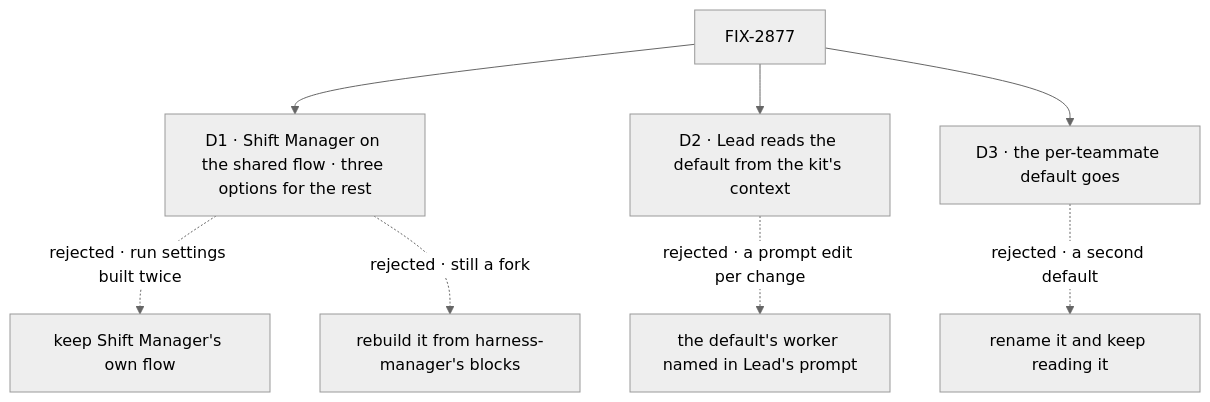
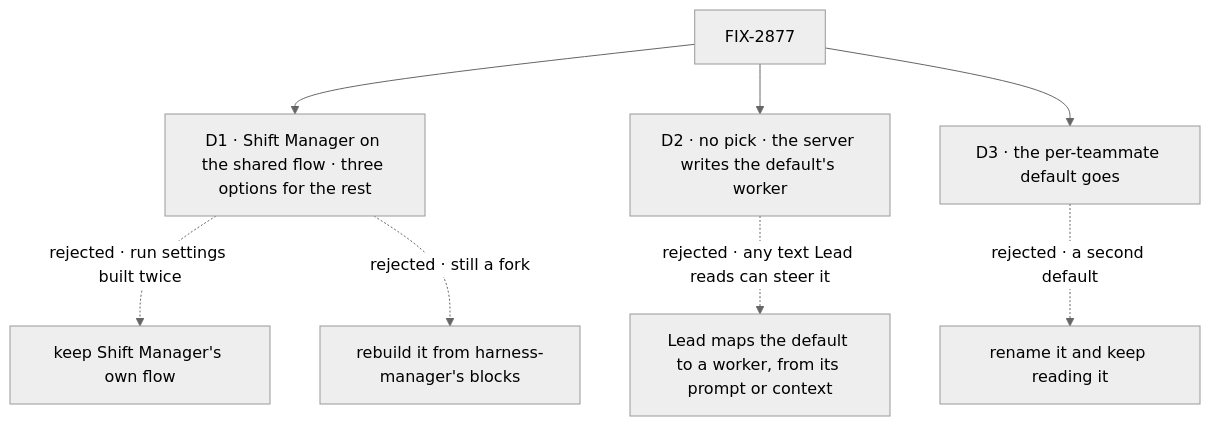
Before and after one commit to fixpoint-labs/flow-state-dev: the diagram in specs/issues/FIX-2877/DECISIONS.md, drawn with Mermaid (neutral theme). The commit also changed other lines of this file and 3 other files, not shown here.

First line of the commit message:
spec(FIX-2877): fold review round 1 — server-written no-pick assignee, removed-symbol readers, 7-to-3 count

````diff
--- a/specs/issues/FIX-2877/DECISIONS.md
+++ b/specs/issues/FIX-2877/DECISIONS.md
@@ -11,10 +11,10 @@
 ```mermaid
 flowchart TD
   I["FIX-2877"] --> D1["D1 · Shift Manager on the shared flow · three options for the rest"]
   D1 -.->|"rejected · run settings built twice"| X1["keep Shift Manager's own flow"]
   D1 -.->|"rejected · still a fork"| X1b["rebuild it from harness-manager's blocks"]
-  I --> D2["D2 · Lead reads the default from the kit's context"]
-  D2 -.->|"rejected · a prompt edit per change"| X2["the default's worker named in Lead's prompt"]
+  I --> D2["D2 · no pick · the server writes the default's worker"]
+  D2 -.->|"rejected · any text Lead reads can steer it"| X2["Lead maps the default to a worker, from its prompt or context"]
   I --> D3["D3 · the per-teammate default goes"]
   D3 -.->|"rejected · a second default"| X3["rename it and keep reading it"]
 ```
````
